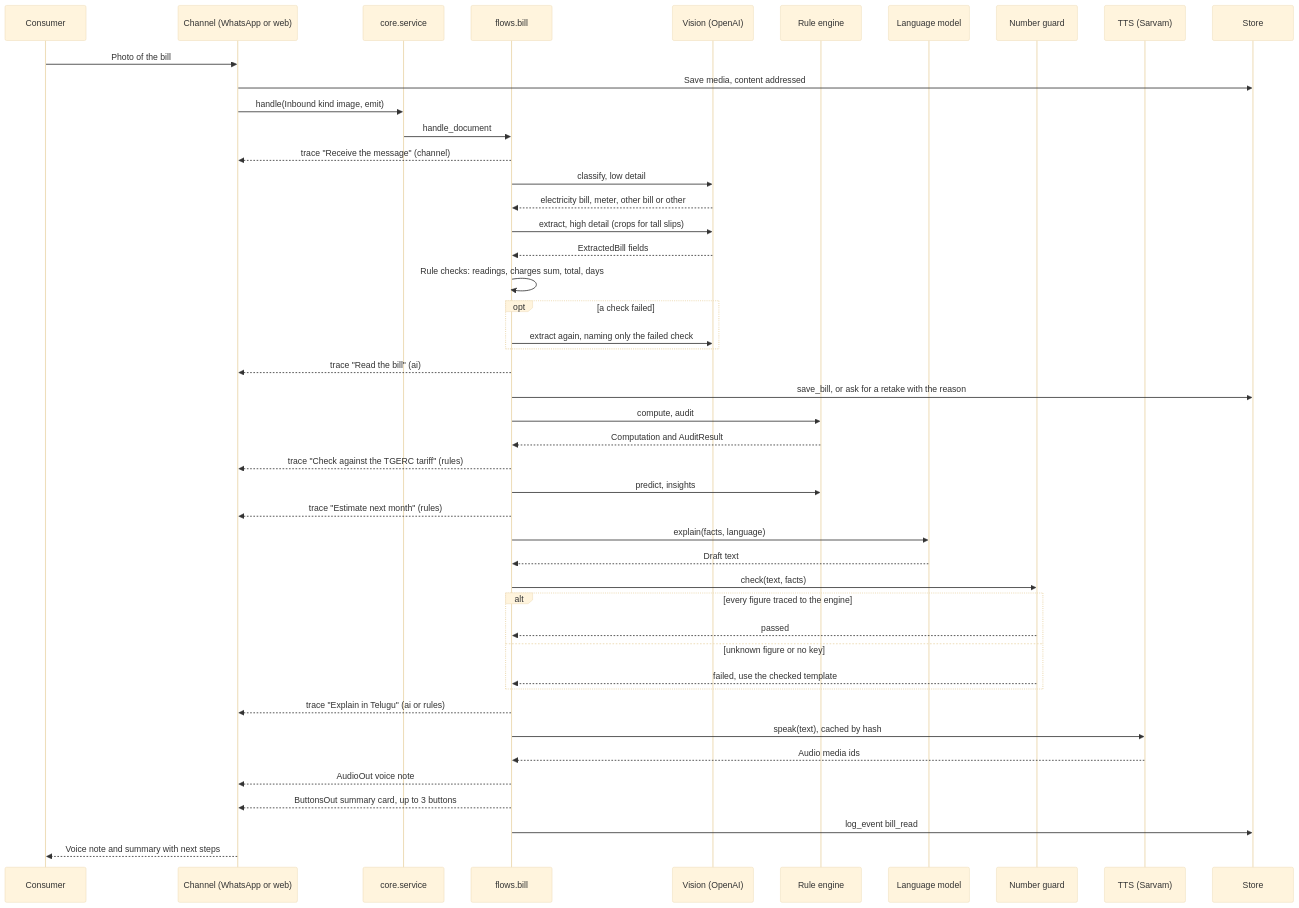
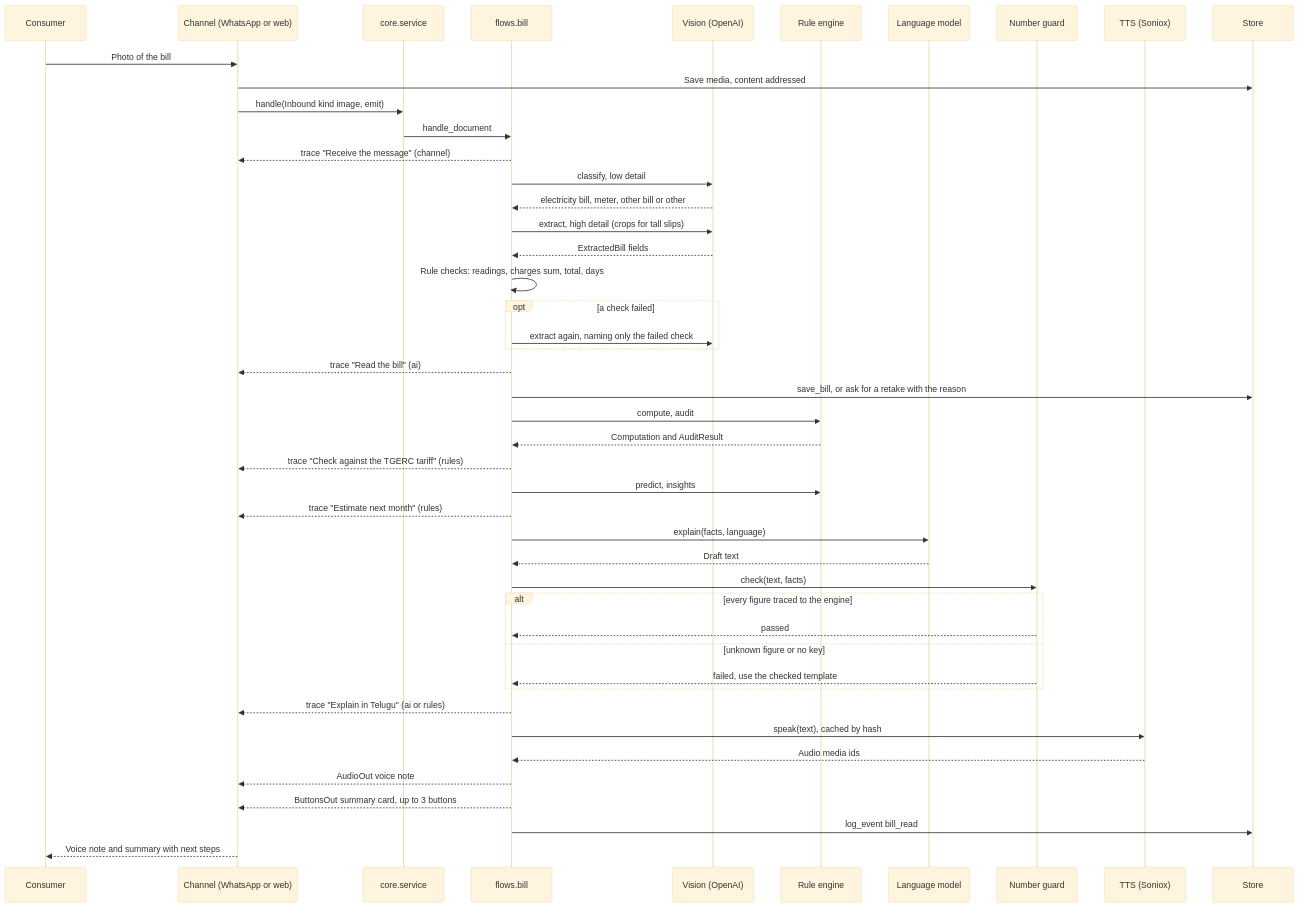
One commit to meraj-AIP/bill-mitra changed the second of 3 diagrams in ARCHITECTURE.md. Above: the diagram before and after it, drawn with Mermaid (base theme). The commit also changed other lines of this file and 22 other files, not shown here.

First line of the commit message:
refactor: Soniox is the only voice provider, Sarvam removed

````diff
--- a/ARCHITECTURE.md
+++ b/ARCHITECTURE.md
@@ -100,48 +100,48 @@
 ```mermaid
 sequenceDiagram
     participant C as Consumer
     participant CH as Channel (WhatsApp or web)
     participant S as core.service
     participant B as flows.bill
     participant V as Vision (OpenAI)
     participant E as Rule engine
     participant L as Language model
     participant G as Number guard
-    participant T as TTS (Sarvam)
+    participant T as TTS (Soniox)
     participant DB as Store
     C->>CH: Photo of the bill
     CH->>DB: Save media, content addressed
     CH->>S: handle(Inbound kind image, emit)
     S->>B: handle_document
     B-->>CH: trace "Receive the message" (channel)
     B->>V: classify, low detail
     V-->>B: electricity bill, meter, other bill or other
     B->>V: extract, high detail (crops for tall slips)
     V-->>B: ExtractedBill fields
     B->>B: Rule checks: readings, charges sum, total, days
     opt a check failed
         B->>V: extract again, naming only the failed check
     end
     B-->>CH: trace "Read the bill" (ai)
     B->>DB: save_bill, or ask for a retake with the reason
     B->>E: compute, audit
     E-->>B: Computation and AuditResult
     B-->>CH: trace "Check against the TGERC tariff" (rules)
     B->>E: predict, insights
     B-->>CH: trace "Estimate next month" (rules)
     B->>L: explain(facts, language)
     L-->>B: Draft text
     B->>G: check(text, facts)
     alt every figure traced to the engine
         G-->>B: passed
     else unknown figure or no key
         G-->>B: failed, use the checked template
     end
     B-->>CH: trace "Explain in Telugu" (ai or rules)
     B->>T: speak(text), cached by hash
     T-->>B: Audio media ids
     B-->>CH: AudioOut voice note
     B-->>CH: ButtonsOut summary card, up to 3 buttons
     B->>DB: log_event bill_read
     CH-->>C: Voice note and summary with next steps
 ```
````
